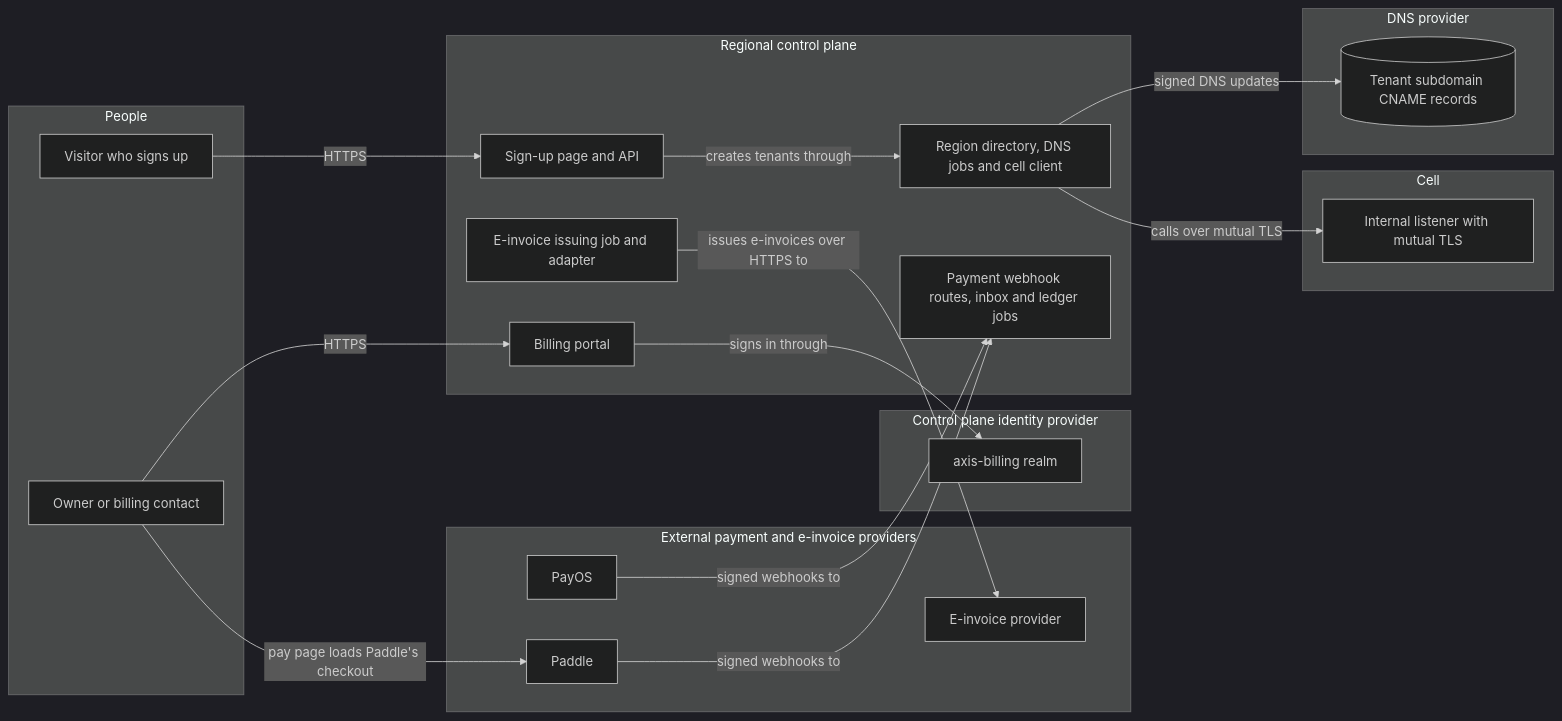
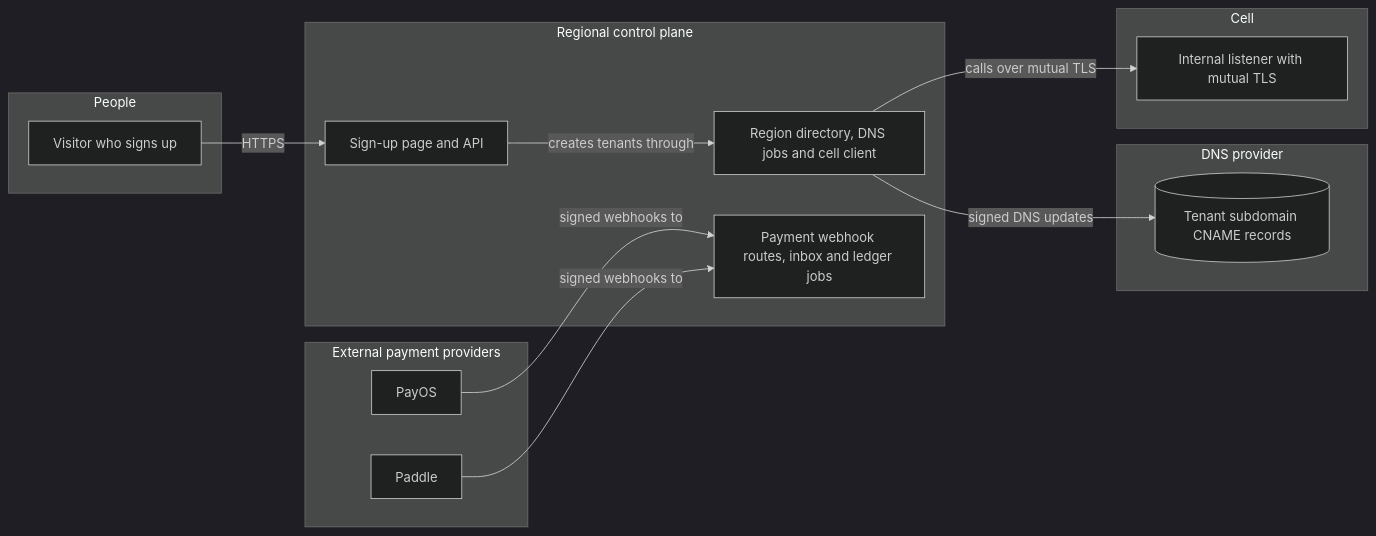
One commit to phuongnse/axis changed the first of 5 diagrams in docs/reference/threat-model-control-plane.md. Above: the diagram before and after it, drawn with Mermaid (dark theme). The commit also changed other lines of this file and 28 other files, not shown here.

````diff
--- a/docs/reference/threat-model-control-plane.md
+++ b/docs/reference/threat-model-control-plane.md
@@ -16,38 +15,27 @@
 ```mermaid
 flowchart LR
     subgraph people [People]
         Visitor[Visitor who signs up]
-        Payer[Owner or billing contact]
     end
     subgraph control [Regional control plane]
         SignUp[Sign-up page and API]
         Directory[Region directory, DNS jobs and cell client]
         Webhooks[Payment webhook routes, inbox and ledger jobs]
-        Issuer[E-invoice issuing job and adapter]
-        Billing[Billing portal]
     end
     subgraph dns [DNS provider]
         Records[(Tenant subdomain CNAME records)]
     end
     subgraph cell [Cell]
         Internal[Internal listener with mutual TLS]
     end
-    subgraph idp [Control plane identity provider]
-        Realm[axis-billing realm]
-    end
-    subgraph providers [External payment and e-invoice providers]
+    subgraph providers [External payment providers]
         PayOS[PayOS]
         Paddle[Paddle]
-        EInvoice[E-invoice provider]
     end
     Visitor -->|HTTPS| SignUp
     SignUp -->|creates tenants through| Directory
     Directory -->|signed DNS updates| Records
     Directory -->|calls over mutual TLS| Internal
-    Payer -->|HTTPS| Billing
-    Billing -->|signs in through| Realm
-    Payer -->|pay page loads Paddle's checkout| Paddle
     PayOS -->|signed webhooks to| Webhooks
     Paddle -->|signed webhooks to| Webhooks
-    Issuer -->|issues e-invoices over HTTPS to| EInvoice
 ```
````
